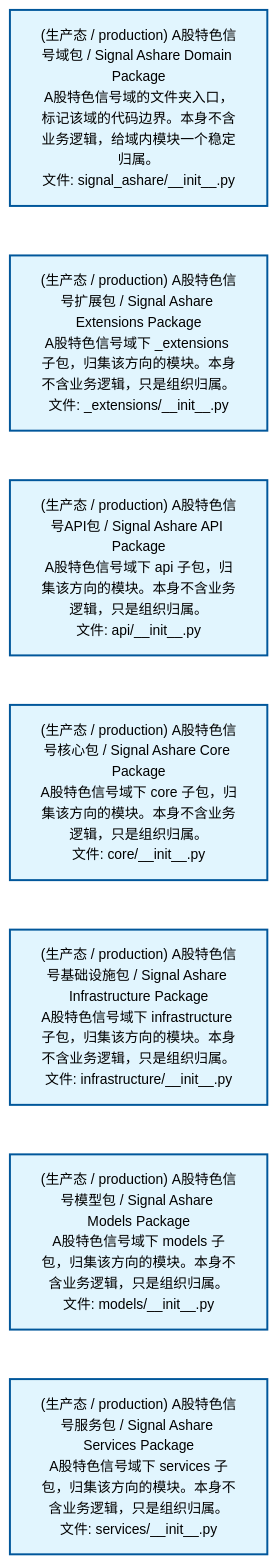
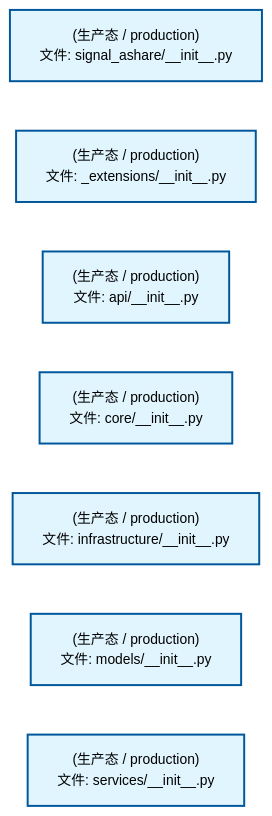
One commit to xuanFelixVan/ZephyrAlpha changed the second of 4 diagrams in docs/02_enterprise_architecture/02_domain_architecture_docs/32_d_ashare_signal.md. Above: the diagram before and after it, drawn with Mermaid. The commit also changed other lines of this file and 75 other files, not shown here.

````diff
--- a/docs/02_enterprise_architecture/02_domain_architecture_docs/32_d_ashare_signal.md
+++ b/docs/02_enterprise_architecture/02_domain_architecture_docs/32_d_ashare_signal.md
@@ -53,22 +103,22 @@
 ```mermaid
 %%{init: {'theme': 'base', 'themeVariables': {'primaryColor': '#eaeaea', 'primaryTextColor': '#333333', 'primaryBorderColor': '#666666', 'lineColor': '#666666', 'secondaryColor': '#eaeaea', 'tertiaryColor': '#eaeaea', 'fontSize': '14px'}}}%%
 flowchart TD
-    src_zephyr_signal_ashare_init_py["(生产态 / production) A股特色信号域包 / Signal Ashare Domain Package<br/>A股特色信号域的文件夹入口，标记该域的代码边界。本身不含业务逻辑，给域内模块一个稳定归属。<br/>文件: signal_ashare/__init__.py"]
-    src_zephyr_signal_ashare_extensions_init_py["(生产态 / production) A股特色信号扩展包 / Signal Ashare Extensions Package<br/>A股特色信号域下 _extensions 子包，归集该方向的模块。本身不含业务逻辑，只是组织归属。<br/>文件: _extensions/__init__.py"]
-    src_zephyr_signal_ashare_api_init_py["(生产态 / production) A股特色信号API包 / Signal Ashare API Package<br/>A股特色信号域下 api 子包，归集该方向的模块。本身不含业务逻辑，只是组织归属。<br/>文件: api/__init__.py"]
-    src_zephyr_signal_ashare_core_init_py["(生产态 / production) A股特色信号核心包 / Signal Ashare Core Package<br/>A股特色信号域下 core 子包，归集该方向的模块。本身不含业务逻辑，只是组织归属。<br/>文件: core/__init__.py"]
-    src_zephyr_signal_ashare_infrastructure_init_py["(生产态 / production) A股特色信号基础设施包 / Signal Ashare Infrastructure Package<br/>A股特色信号域下 infrastructure 子包，归集该方向的模块。本身不含业务逻辑，只是组织归属。<br/>文件: infrastructure/__init__.py"]
-    src_zephyr_signal_ashare_models_init_py["(生产态 / production) A股特色信号模型包 / Signal Ashare Models Package<br/>A股特色信号域下 models 子包，归集该方向的模块。本身不含业务逻辑，只是组织归属。<br/>文件: models/__init__.py"]
-    src_zephyr_signal_ashare_services_init_py["(生产态 / production) A股特色信号服务包 / Signal Ashare Services Package<br/>A股特色信号域下 services 子包，归集该方向的模块。本身不含业务逻辑，只是组织归属。<br/>文件: services/__init__.py"]
+    src_zephyr_signal_ashare_init_py["(生产态 / production)<br/>文件: signal_ashare/__init__.py"]
+    src_zephyr_signal_ashare_extensions_init_py["(生产态 / production)<br/>文件: _extensions/__init__.py"]
+    src_zephyr_signal_ashare_api_init_py["(生产态 / production)<br/>文件: api/__init__.py"]
+    src_zephyr_signal_ashare_core_init_py["(生产态 / production)<br/>文件: core/__init__.py"]
+    src_zephyr_signal_ashare_infrastructure_init_py["(生产态 / production)<br/>文件: infrastructure/__init__.py"]
+    src_zephyr_signal_ashare_models_init_py["(生产态 / production)<br/>文件: models/__init__.py"]
+    src_zephyr_signal_ashare_services_init_py["(生产态 / production)<br/>文件: services/__init__.py"]
     src_zephyr_signal_ashare_init_py ~~~ src_zephyr_signal_ashare_extensions_init_py
     src_zephyr_signal_ashare_extensions_init_py ~~~ src_zephyr_signal_ashare_api_init_py
     src_zephyr_signal_ashare_api_init_py ~~~ src_zephyr_signal_ashare_core_init_py
     src_zephyr_signal_ashare_core_init_py ~~~ src_zephyr_signal_ashare_infrastructure_init_py
     src_zephyr_signal_ashare_infrastructure_init_py ~~~ src_zephyr_signal_ashare_models_init_py
     src_zephyr_signal_ashare_models_init_py ~~~ src_zephyr_signal_ashare_services_init_py
     classDef production fill:#e1f5fe,stroke:#01579b,stroke-width:2px,color:#000
     classDef design fill:#fff3e0,stroke:#e65100,stroke-width:2px,color:#000,stroke-dasharray: 5 5
     classDef external_prod fill:#e8f4fd,stroke:#0277bd,stroke-width:1px,color:#000
     classDef external_design fill:#fff8e7,stroke:#ef6c00,stroke-width:1px,color:#000,stroke-dasharray: 5 5
     class src_zephyr_signal_ashare_init_py,src_zephyr_signal_ashare_extensions_init_py,src_zephyr_signal_ashare_api_init_py,src_zephyr_signal_ashare_core_init_py,src_zephyr_signal_ashare_infrastructure_init_py,src_zephyr_signal_ashare_models_init_py,src_zephyr_signal_ashare_services_init_py production
 ```
````
